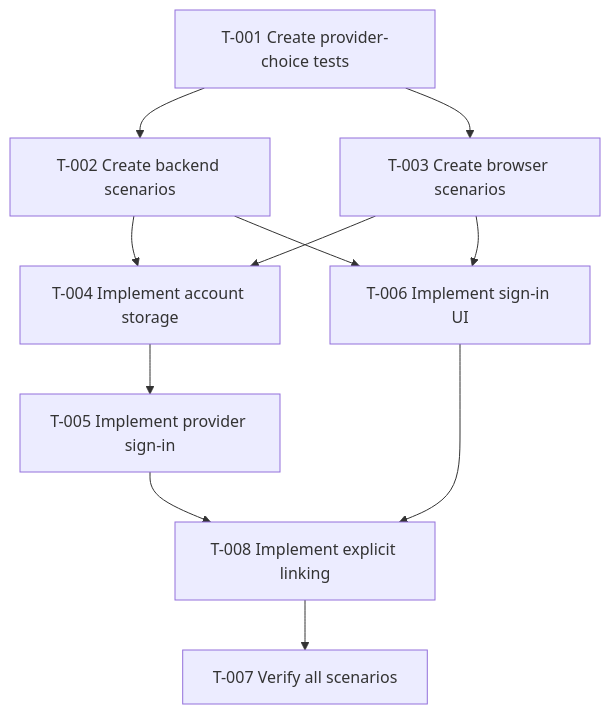
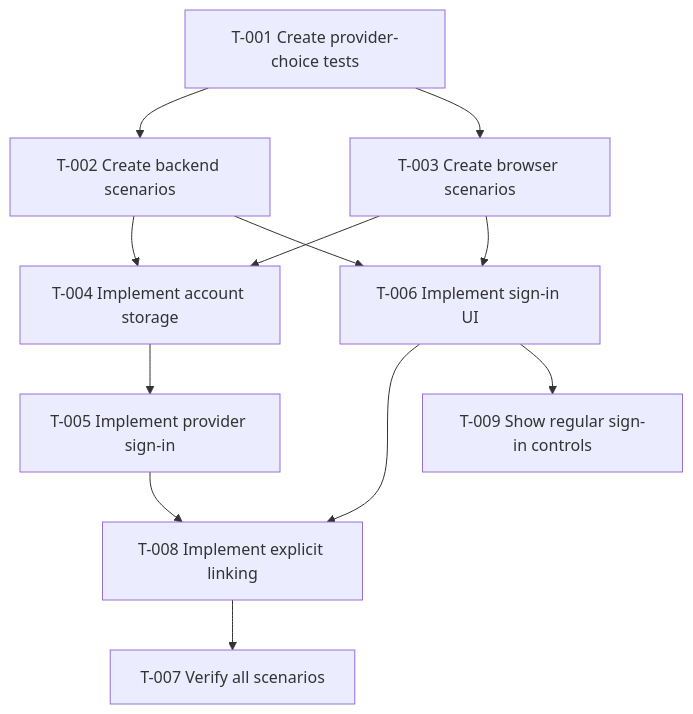
One commit to b-chua-student/theseus changed the diagram in specs/auth/openauth_login/tasks.md. Above: the diagram before and after it, drawn with Mermaid. The commit also changed other lines of this file and 5 other files, not shown here.

````diff
--- a/specs/auth/openauth_login/tasks.md
+++ b/specs/auth/openauth_login/tasks.md
@@ -5,21 +5,23 @@
 ```mermaid
 flowchart TD
     T001["T-001 Create provider-choice tests"]
     T002["T-002 Create backend scenarios"]
     T003["T-003 Create browser scenarios"]
     T004["T-004 Implement account storage"]
     T005["T-005 Implement provider sign-in"]
     T006["T-006 Implement sign-in UI"]
     T007["T-007 Verify all scenarios"]
     T008["T-008 Implement explicit linking"]
     T001 --> T002
     T001 --> T003
     T002 --> T004
     T003 --> T004
     T004 --> T005
     T003 --> T006
     T002 --> T006
     T005 --> T008
     T006 --> T008
+    T009["T-009 Show regular sign-in controls"]
+    T006 --> T009
     T008 --> T007
 ```
````
